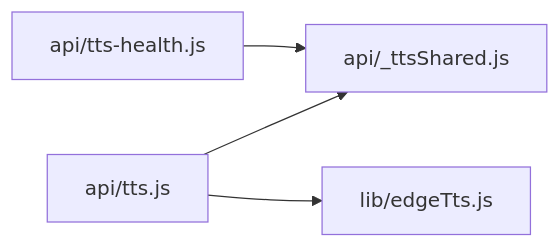
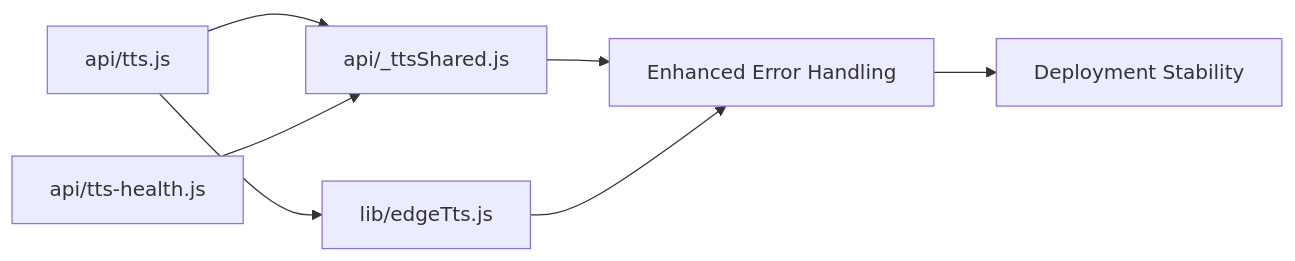
The fourth of 4 diagrams in .qoder/repowiki/en/content/API Reference/Text-to-Speech API.md (zmyeo54/briefroom), drawn with Mermaid before and after one commit. The commit also changed other lines of this file and 31 other files, not shown here.

First line of the commit message:
docs(tts): enhance error handling and stability with defensive imports

````diff
--- a/.qoder/repowiki/en/content/API Reference/Text-to-Speech API.md
+++ b/.qoder/repowiki/en/content/API Reference/Text-to-Speech API.md
@@ -220,6 +300,9 @@
 ```mermaid
 graph LR
 A["api/tts.js"] --> B["api/_ttsShared.js"]
 A --> C["lib/edgeTts.js"]
 D["api/tts-health.js"] --> B
+B --> E["Enhanced Error Handling"]
+C --> E
+E --> F["Deployment Stability"]
 ```
````
